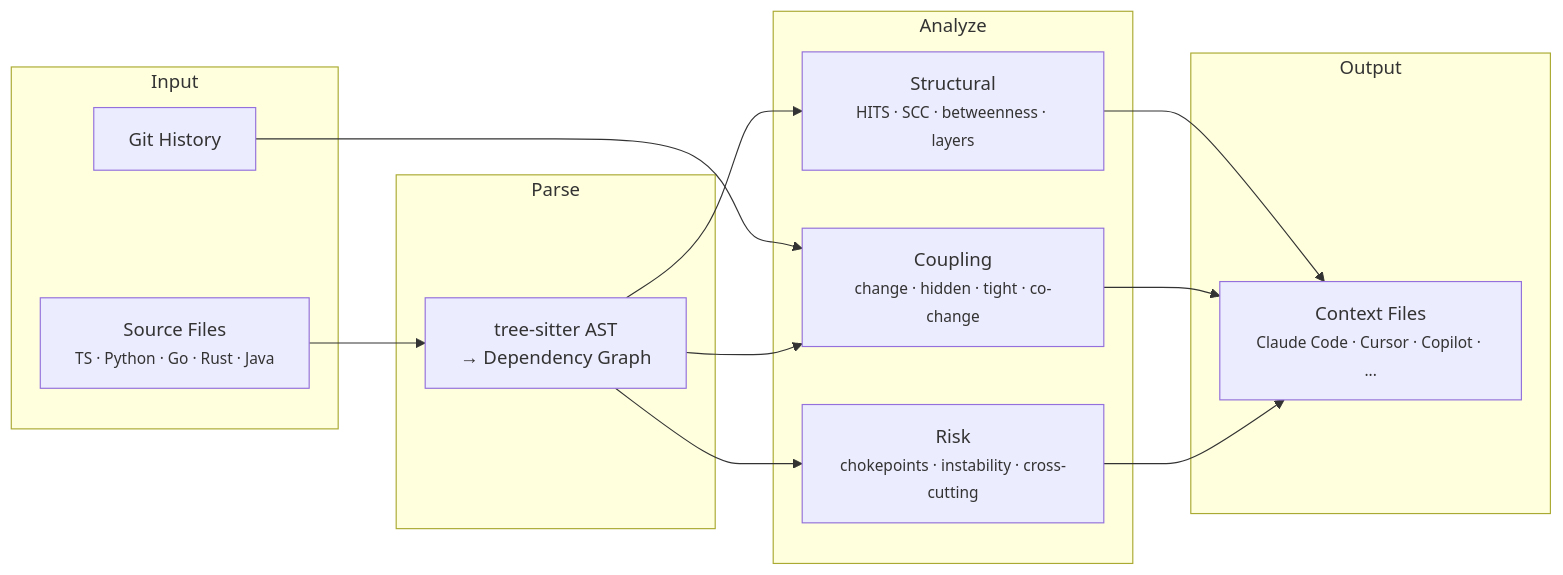
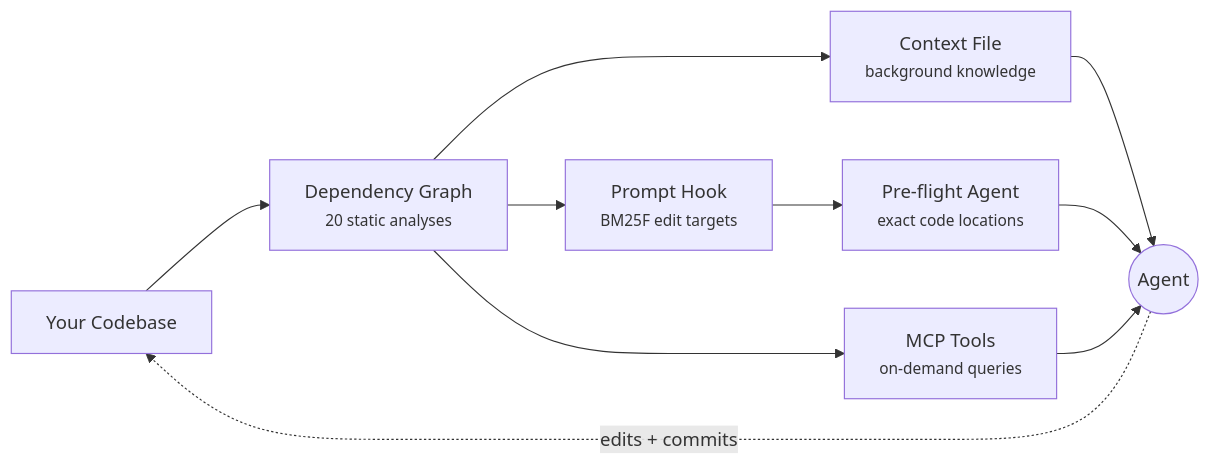
Before and after one commit to michaelabrt/clarte: the diagram in README.md, drawn with Mermaid. The commit also changed other lines of this file and 11 other files, not shown here.

First line of the commit message:
refactor: scope pre-flight agent, rename MCP tools

````diff
--- a/README.md
+++ b/README.md
@@ -13,22 +61,11 @@
 ```mermaid
 graph LR
-    subgraph Input
-        A[Source Files<br><small>TS · Python · Go · Rust · Java</small>]
-        B[Git History]
-    end
-    subgraph Parse
-        C[tree-sitter AST<br>→ Dependency Graph]
-    end
-    subgraph Analyze
-        D[Structural<br><small>HITS · SCC · betweenness · layers</small>]
-        E[Coupling<br><small>change · hidden · tight · co-change</small>]
-        F[Risk<br><small>chokepoints · instability · cross-cutting</small>]
-    end
-    subgraph Output
-        G[Context Files<br><small>Claude Code · Cursor · Copilot · ...</small>]
-    end
-    A --> C
-    B --> E
-    C --> D & E & F
-    D & E & F --> G
+    A[Your Codebase] --> B[Dependency Graph<br><small>20 static analyses</small>]
+    B --> C[Context File<br><small>background knowledge</small>]
+    B --> D[Prompt Hook<br><small>BM25F edit targets</small>]
+    D --> E[Pre-flight Agent<br><small>exact code locations</small>]
+    C & E --> F((Agent))
+    B --> G[MCP Tools<br><small>on-demand queries</small>]
+    G --> F
+    F -. "edits + commits" .-> A
 ```
````
